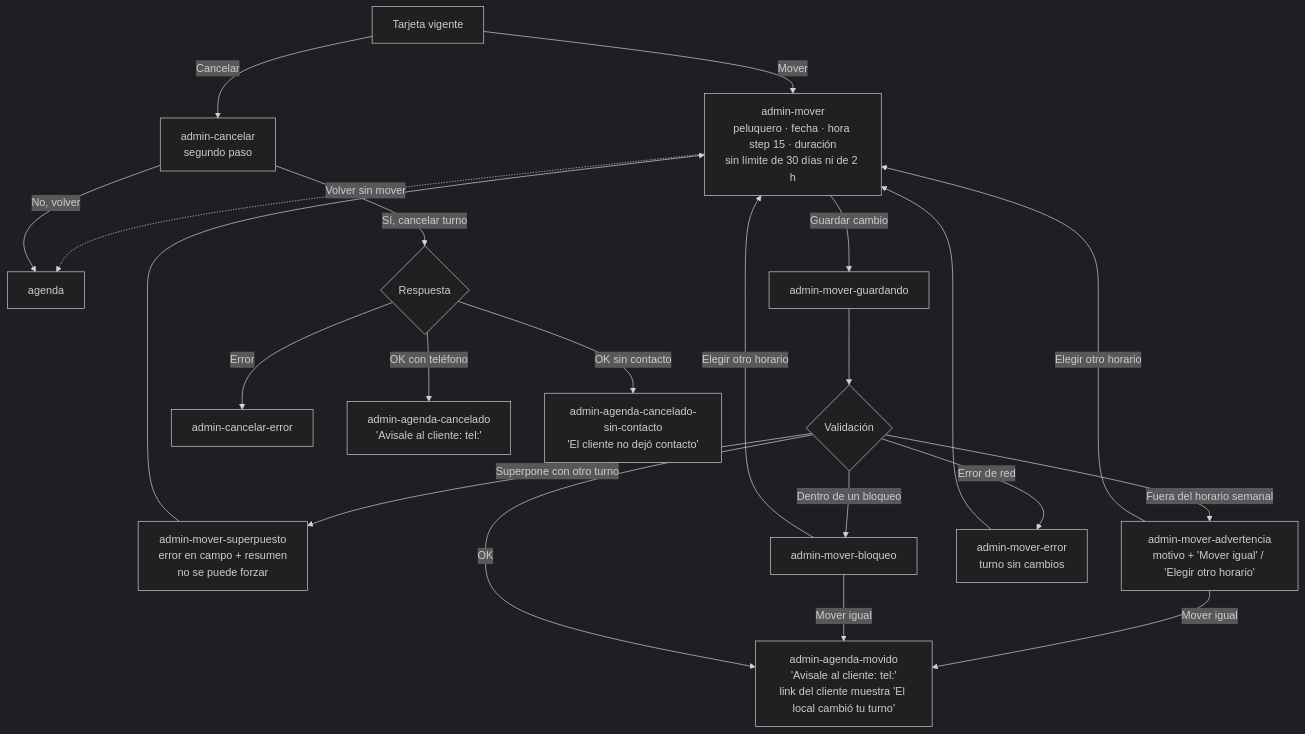
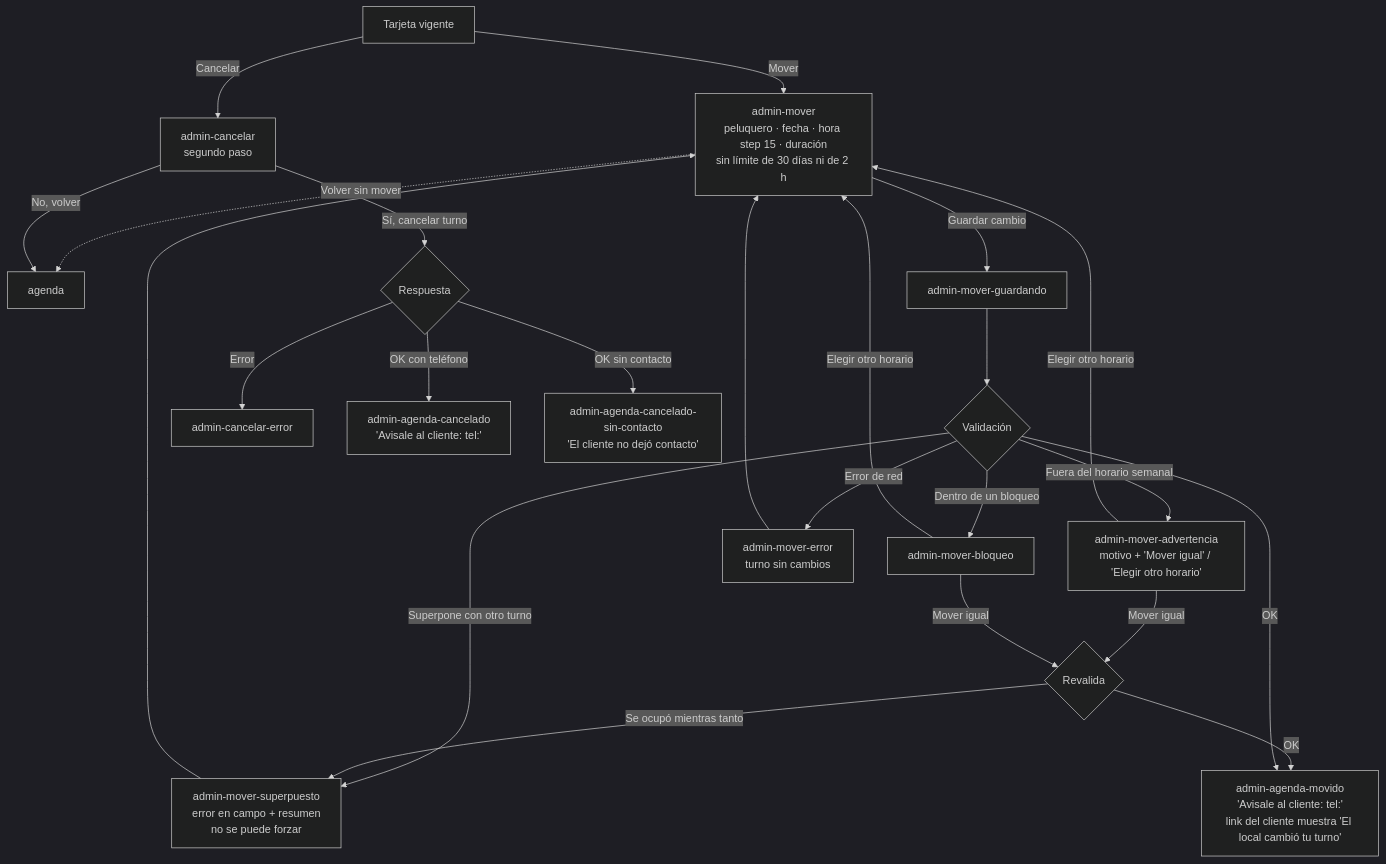
Before and after one commit to gm2dev/coop-agents-design: diagram 17 of 18 in initiatives/turnos-peluqueria-mvp/flows.md, drawn with Mermaid (dark theme). The commit also changed other lines of this file and 3 other files, not shown here.

````diff
--- a/initiatives/turnos-peluqueria-mvp/flows.md
+++ b/initiatives/turnos-peluqueria-mvp/flows.md
@@ -310,22 +312,24 @@
 ```mermaid
 flowchart TD
   card[Tarjeta vigente] -->|Mover| form[admin-mover<br/>peluquero · fecha · hora step 15 · duración<br/>sin límite de 30 días ni de 2 h]
   form -.->|Volver sin mover| ag[agenda]
   form -->|Guardar cambio| send[admin-mover-guardando]
   send --> chk{Validación}
   chk -->|Superpone con otro turno| sup[admin-mover-superpuesto<br/>error en campo + resumen<br/>no se puede forzar]
   sup --> form
   chk -->|Fuera del horario semanal| w1[admin-mover-advertencia<br/>motivo + 'Mover igual' / 'Elegir otro horario']
   chk -->|Dentro de un bloqueo| w2[admin-mover-bloqueo]
   w1 & w2 -->|Elegir otro horario| form
-  w1 & w2 -->|Mover igual| ok
+  w1 & w2 -->|Mover igual| rev{Revalida}
+  rev -->|Se ocupó mientras tanto| sup
+  rev -->|OK| ok
   chk -->|Error de red| err[admin-mover-error<br/>turno sin cambios]
   err --> form
   chk -->|OK| ok[admin-agenda-movido<br/>'Avisale al cliente: tel:'<br/>link del cliente muestra 'El local cambió tu turno']
   card -->|Cancelar| ask[admin-cancelar<br/>segundo paso]
   ask -->|No, volver| ag
   ask -->|Sí, cancelar turno| r{Respuesta}
   r -->|Error| cerr[admin-cancelar-error]
   r -->|OK con teléfono| c1[admin-agenda-cancelado<br/>'Avisale al cliente: tel:']
   r -->|OK sin contacto| c2[admin-agenda-cancelado-sin-contacto<br/>'El cliente no dejó contacto']
 ```
````
